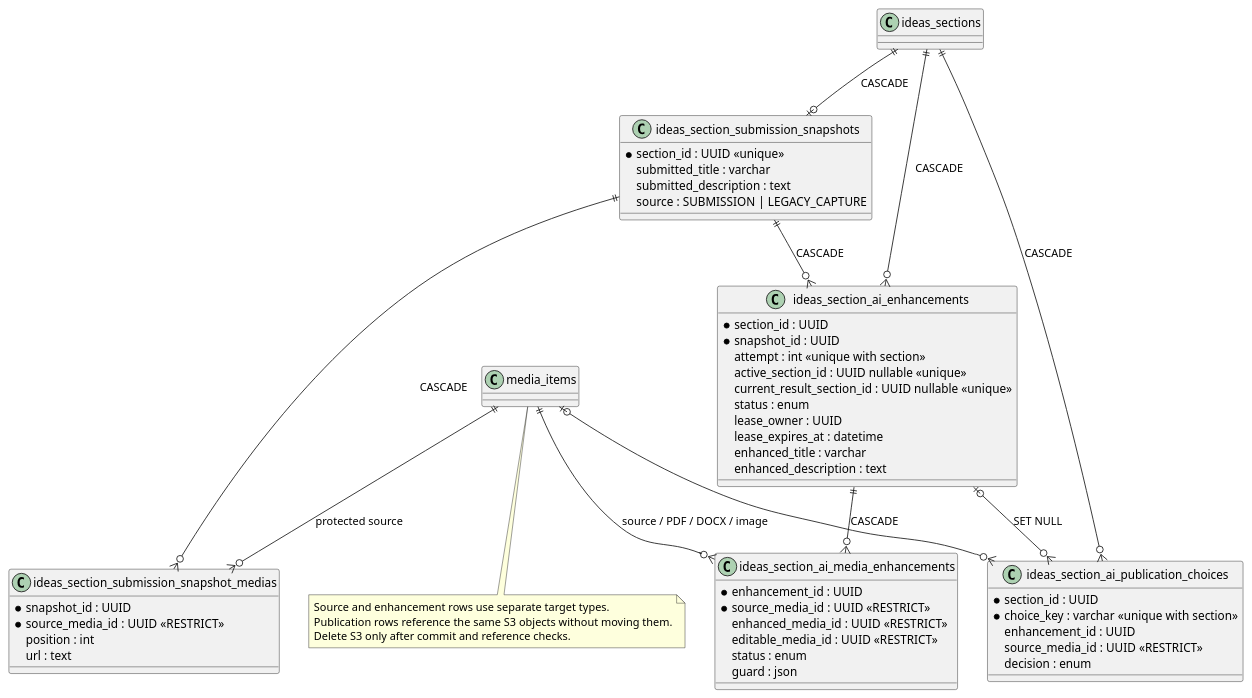
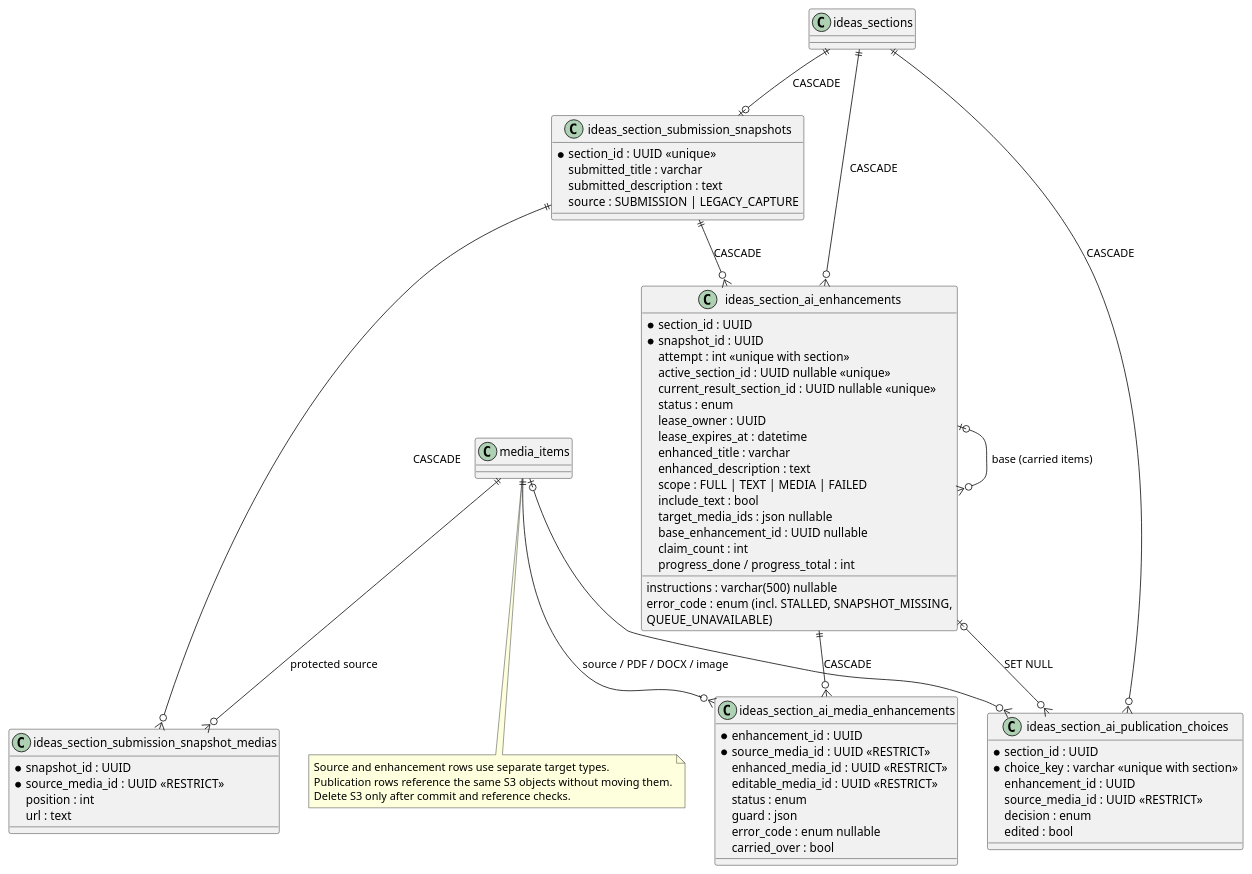
One commit to ministerioclubinhos/clubinhonib-api changed the diagram in docs/diagrams/database/ideas-section-ai.puml. Above: the diagram before and after it, drawn with PlantUML. The commit also changed 54 other files, not shown here.

```diff
--- a/docs/diagrams/database/ideas-section-ai.puml
+++ b/docs/diagrams/database/ideas-section-ai.puml
@@ -1,58 +1,70 @@
 @startuml
 class "ideas_sections" as section
 class "media_items" as media
 class "ideas_section_submission_snapshots" as snapshot {
   * section_id : UUID <<unique>>
   submitted_title : varchar
   submitted_description : text
   source : SUBMISSION | LEGACY_CAPTURE
 }
 class "ideas_section_submission_snapshot_medias" as source {
   * snapshot_id : UUID
   * source_media_id : UUID <<RESTRICT>>
   position : int
   url : text
 }
 class "ideas_section_ai_enhancements" as attempt {
   * section_id : UUID
   * snapshot_id : UUID
   attempt : int <<unique with section>>
   active_section_id : UUID nullable <<unique>>
   current_result_section_id : UUID nullable <<unique>>
   status : enum
   lease_owner : UUID
   lease_expires_at : datetime
   enhanced_title : varchar
   enhanced_description : text
+  scope : FULL | TEXT | MEDIA | FAILED
+  include_text : bool
+  target_media_ids : json nullable
+  base_enhancement_id : UUID nullable
+  instructions : varchar(500) nullable
+  claim_count : int
+  progress_done / progress_total : int
+  error_code : enum (incl. STALLED, SNAPSHOT_MISSING,\nQUEUE_UNAVAILABLE)
 }
 class "ideas_section_ai_media_enhancements" as result {
   * enhancement_id : UUID
   * source_media_id : UUID <<RESTRICT>>
   enhanced_media_id : UUID <<RESTRICT>>
   editable_media_id : UUID <<RESTRICT>>
   status : enum
   guard : json
+  error_code : enum nullable
+  carried_over : bool
 }
 class "ideas_section_ai_publication_choices" as choice {
   * section_id : UUID
   * choice_key : varchar <<unique with section>>
   enhancement_id : UUID
   source_media_id : UUID <<RESTRICT>>
   decision : enum
+  edited : bool
 }
 section ||--o| snapshot : CASCADE
 snapshot ||--o{ source : CASCADE
 media ||--o{ source : protected source
 section ||--o{ attempt : CASCADE
 snapshot ||--o{ attempt : CASCADE
 attempt ||--o{ result : CASCADE
+attempt |o--o{ attempt : base (carried items)
 media ||--o{ result : source / PDF / DOCX / image
 section ||--o{ choice : CASCADE
 attempt |o--o{ choice : SET NULL
 media |o--o{ choice
 note bottom of media
 Source and enhancement rows use separate target types.
 Publication rows reference the same S3 objects without moving them.
 Delete S3 only after commit and reference checks.
 end note
 @enduml
```
